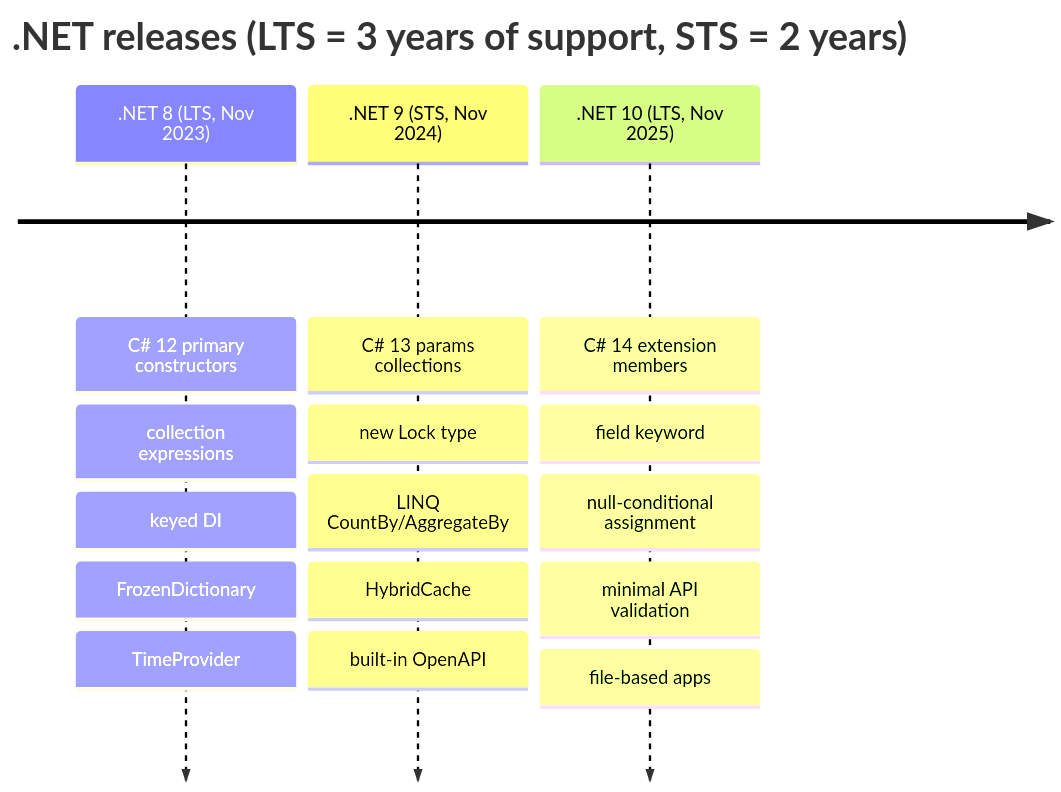
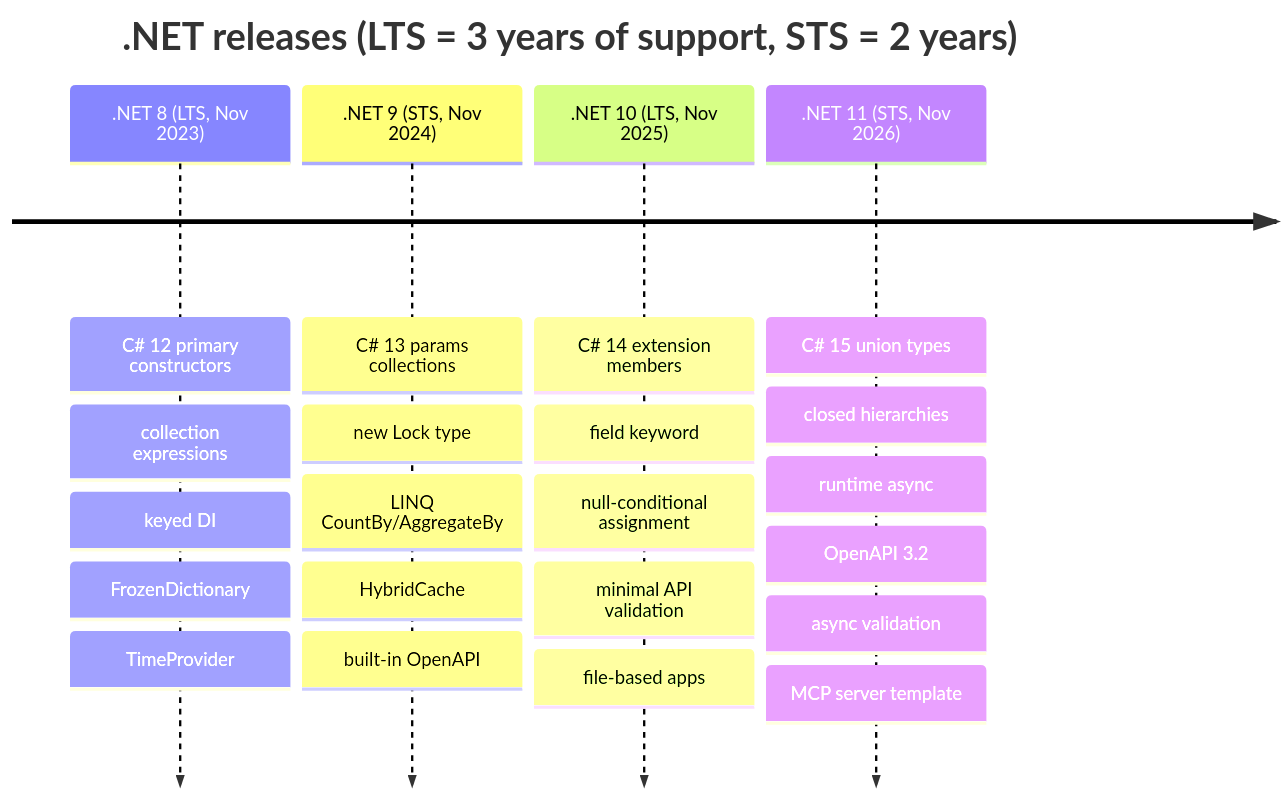
One commit to babuk123/dotnet-azure-genai-playbook changed the diagram in 19-dotnet-9-10-whats-new/README.md. Above: the diagram before and after it, drawn with Mermaid. The commit also changed other lines of this file and 24 other files, not shown here.

````diff
--- a/19-dotnet-9-10-whats-new/README.md
+++ b/19-dotnet-9-10-whats-new/README.md
@@ -6,7 +8,8 @@
 ```mermaid
 timeline
     title .NET releases (LTS = 3 years of support, STS = 2 years)
     .NET 8 (LTS, Nov 2023) : C# 12 primary constructors : collection expressions : keyed DI : FrozenDictionary : TimeProvider
     .NET 9 (STS, Nov 2024) : C# 13 params collections : new Lock type : LINQ CountBy/AggregateBy : HybridCache : built-in OpenAPI
     .NET 10 (LTS, Nov 2025) : C# 14 extension members : field keyword : null-conditional assignment : minimal API validation : file-based apps
+    .NET 11 (STS, Nov 2026) : C# 15 union types : closed hierarchies : runtime async : OpenAPI 3.2 : async validation : MCP server template
 ```
````
